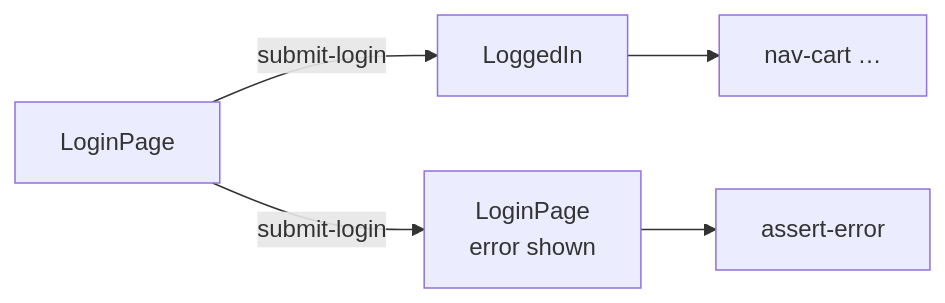
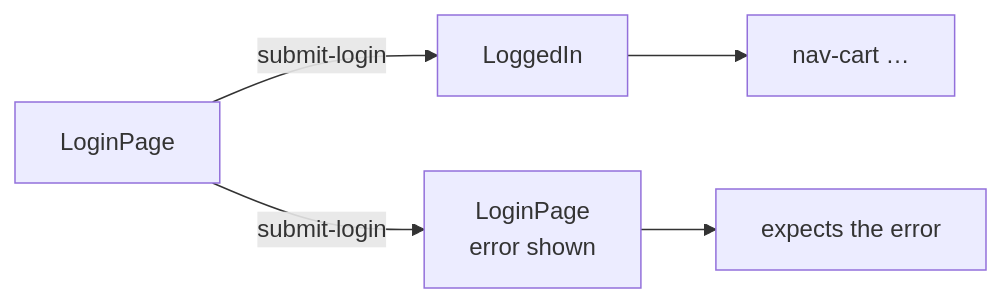
The second of 3 diagrams in docs/guides/flows.md (deviate-dv8/waygraph), drawn with Mermaid before and after one commit. The commit also changed other lines of this file and 110 other files, not shown here.

````diff
--- a/docs/guides/flows.md
+++ b/docs/guides/flows.md
@@ -124,7 +127,7 @@
 ```mermaid
 graph LR
   L[LoginPage] -->|submit-login| I[LoggedIn]
   L -->|submit-login| L2[LoginPage<br/>error shown]
   I --> N[nav-cart …]
-  L2 --> A[assert-error]
+  L2 --> A[expects the error]
 ```
````
